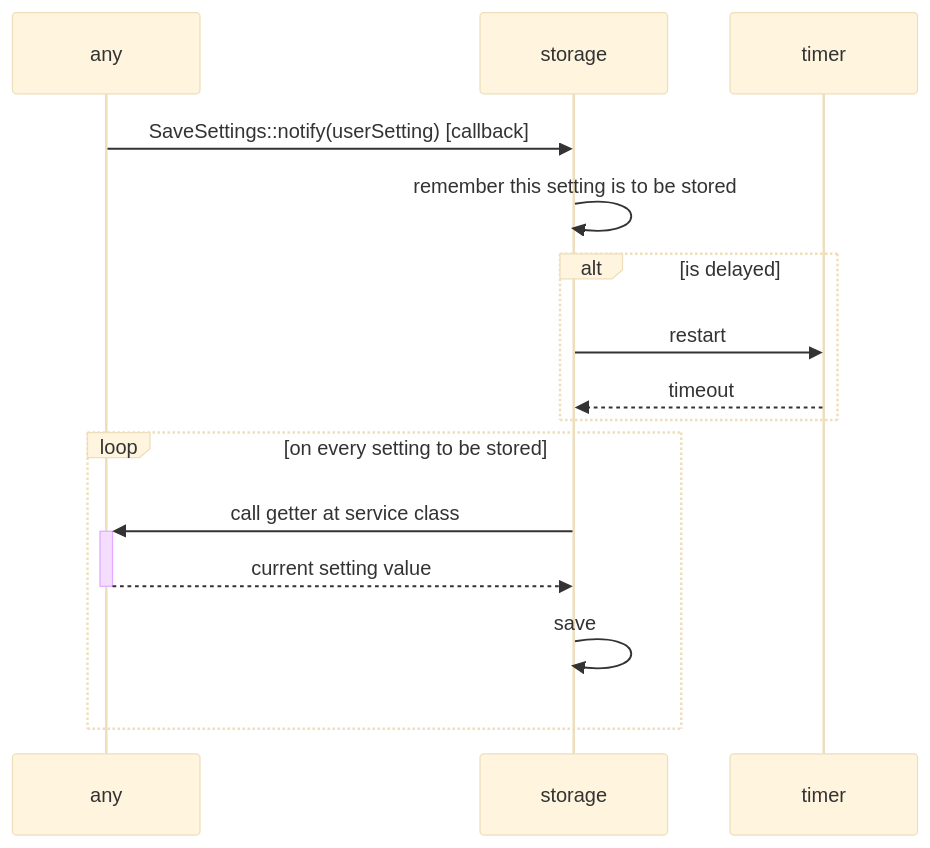
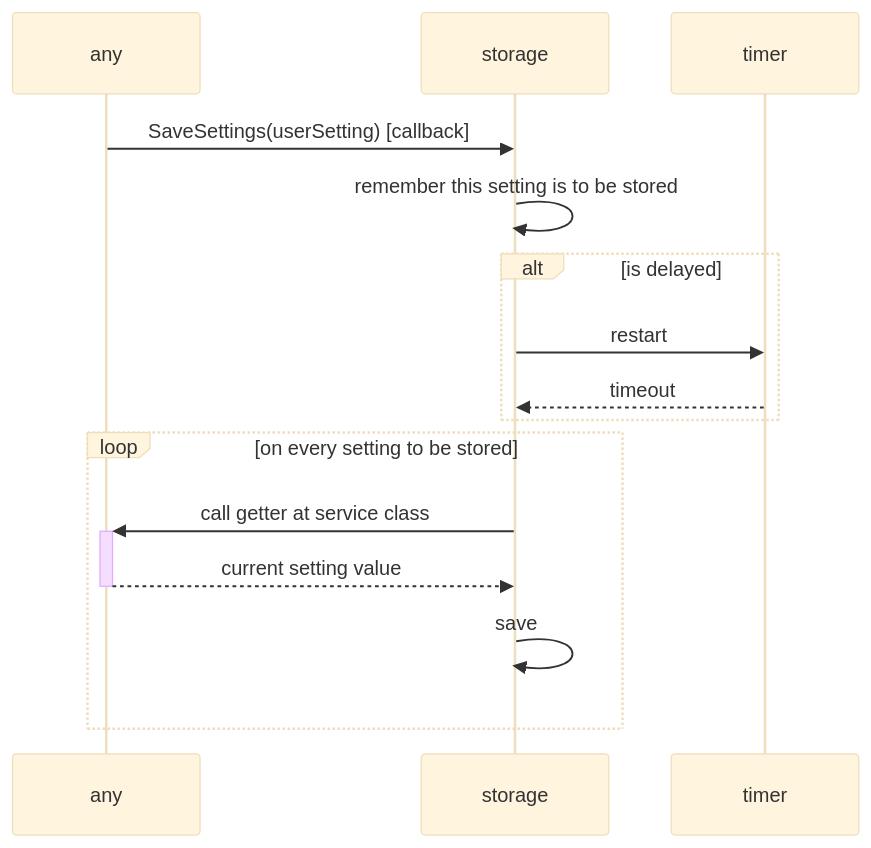
Before and after one commit to afpineda/OpenSourceSimWheelESP32: the eighth of 11 diagrams in doc/firmware/FirmwareArchitecture_en.md, drawn with Mermaid (base theme). The commit also changed other lines of this file, not shown here.

````diff
--- a/doc/firmware/FirmwareArchitecture_en.md
+++ b/doc/firmware/FirmwareArchitecture_en.md
@@ -385,18 +385,18 @@
 ```mermaid
 sequenceDiagram
   participant any
   participant storage
   participant timer
-  any ->> storage: SaveSettings::notify(userSetting) [callback]
+  any ->> storage: SaveSettings(userSetting) [callback]
   storage ->> storage: remember this setting is to be stored
 
   alt is delayed
     storage ->> timer: restart
     timer -->> storage: timeout
   end
   loop on every setting to be stored
     storage ->>+ any: call getter at service class
     any -->>- storage: current setting value
     storage ->> storage: save
   end
 ```
````
